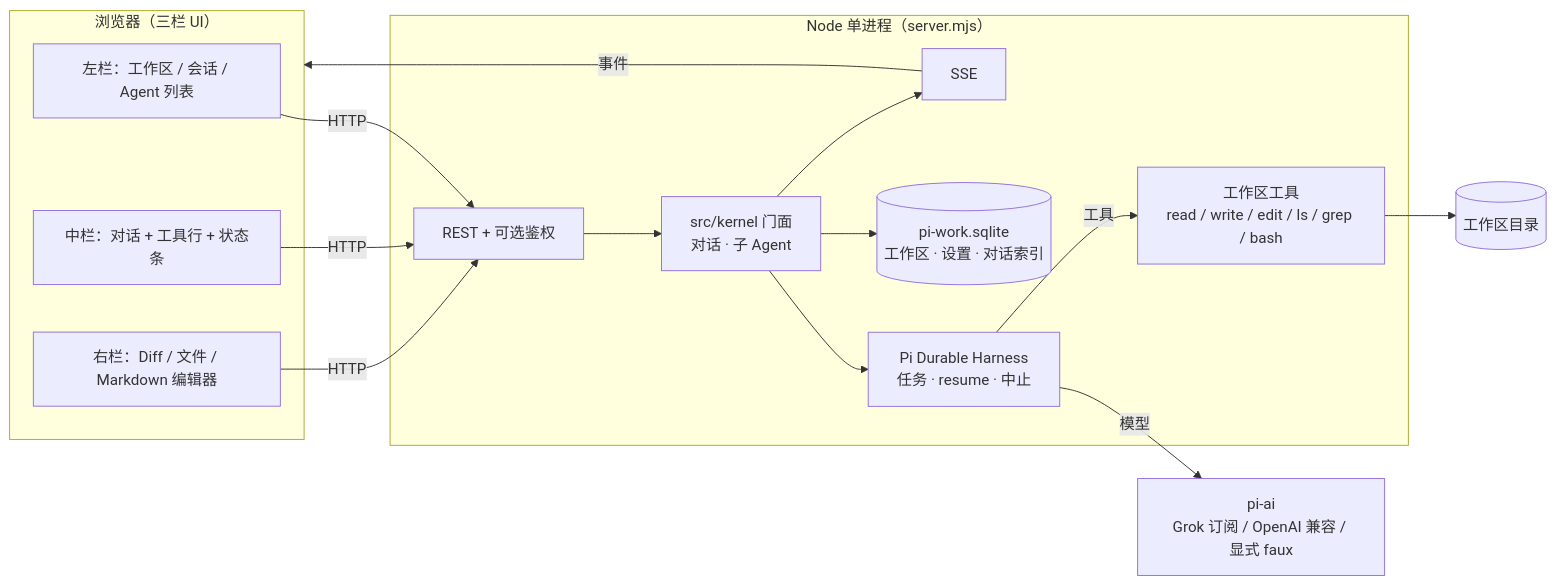
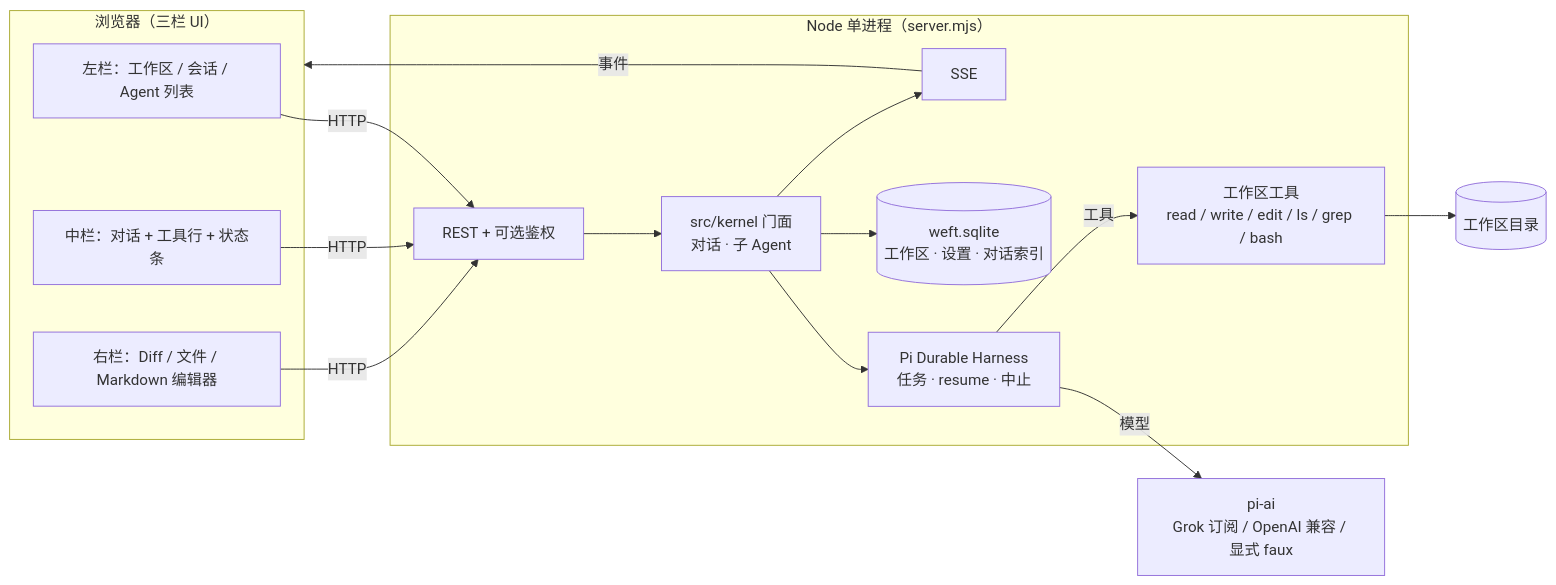
Before and after one commit to lawrencewzen/pi-work: the diagram in docs/ARCHITECTURE.md, drawn with Mermaid. The commit also changed other lines of this file and 113 other files, not shown here.

````diff
--- a/docs/ARCHITECTURE.md
+++ b/docs/ARCHITECTURE.md
@@ -9,30 +9,30 @@
 ```mermaid
 flowchart LR
   subgraph Browser["浏览器（三栏 UI）"]
     L[左栏：工作区 / 会话 / Agent 列表]
     C[中栏：对话 + 工具行 + 状态条]
     R[右栏：Diff / 文件 / Markdown 编辑器]
   end
 
   subgraph Node["Node 单进程（server.mjs）"]
     API[REST + 可选鉴权]
     SSE[SSE]
     K[src/kernel 门面<br/>对话 · 子 Agent]
     H[Pi Durable Harness<br/>任务 · resume · 中止]
-    APP[(pi-work.sqlite<br/>工作区 · 设置 · 对话索引)]
+    APP[(weft.sqlite<br/>工作区 · 设置 · 对话索引)]
     T[工作区工具<br/>read / write / edit / ls / grep / bash]
   end
 
   WS[(工作区目录)]
   LLM[pi-ai<br/>Grok 订阅 / OpenAI 兼容 / 显式 faux]
 
   L & C & R -->|HTTP| API
   SSE -->|事件| Browser
   API --> K
   K --> H
   K --> APP
   H -->|模型| LLM
   H -->|工具| T
   T --> WS
   K --> SSE
 ```
````
